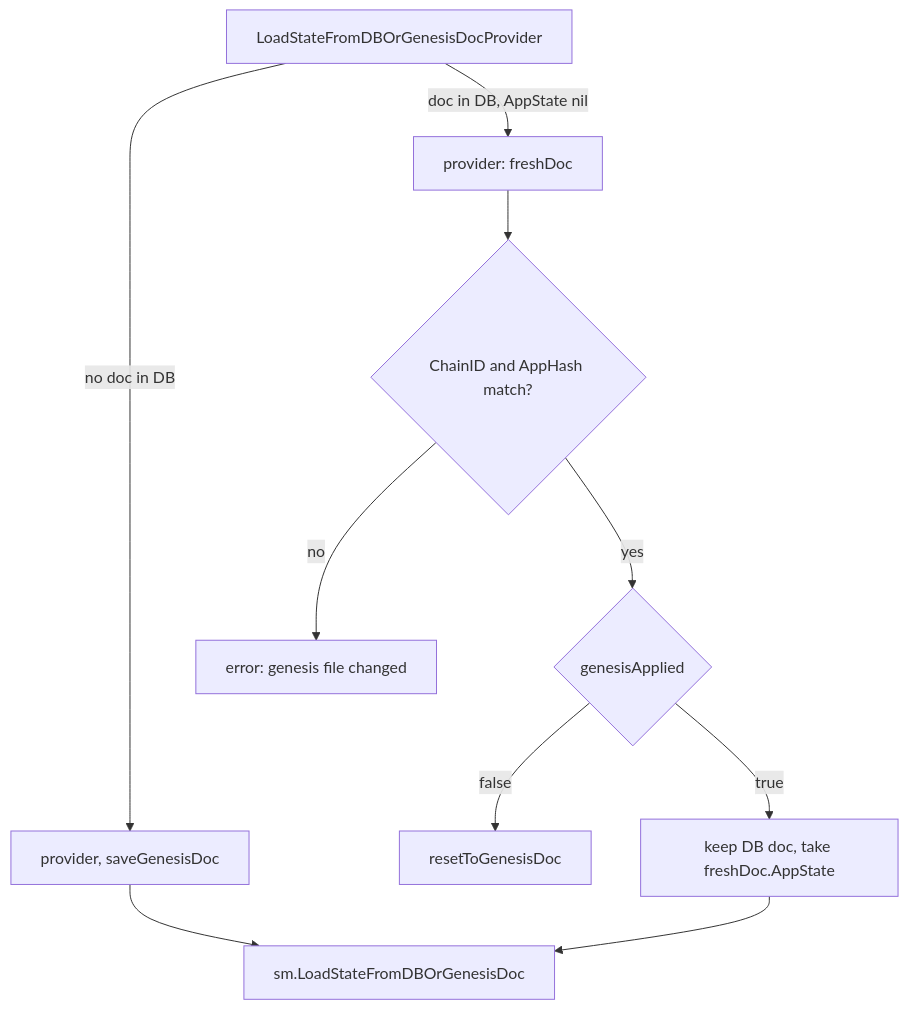
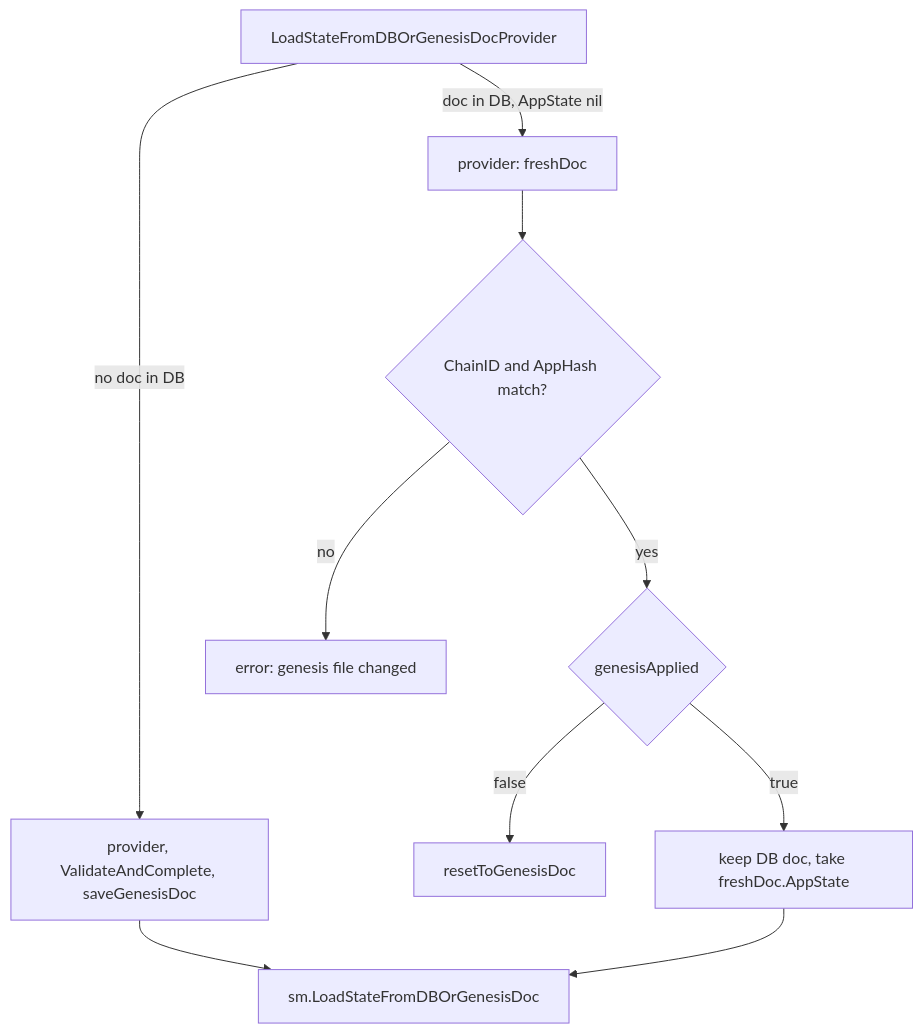
Before and after one commit to samouraiworld/gno-agent-workspace: the diagram in reviews/pr/5xxx/5995-fork-test-rejected-genesis/overview.md, drawn with Mermaid. The commit also changed other lines of this file and 9 other files, not shown here.

````diff
--- a/reviews/pr/5xxx/5995-fork-test-rejected-genesis/overview.md
+++ b/reviews/pr/5xxx/5995-fork-test-rejected-genesis/overview.md
@@ -30,12 +30,12 @@
 ```mermaid
 flowchart TD
-  A[LoadStateFromDBOrGenesisDocProvider] -->|no doc in DB| B[provider, saveGenesisDoc]
+  A[LoadStateFromDBOrGenesisDocProvider] -->|no doc in DB| B[provider, ValidateAndComplete, saveGenesisDoc]
   A -->|doc in DB, AppState nil| C[provider: freshDoc]
   C --> D{ChainID and AppHash match?}
   D -->|no| E[error: genesis file changed]
   D -->|yes| F{genesisApplied}
   F -->|false| G[resetToGenesisDoc]
   F -->|true| H[keep DB doc, take freshDoc.AppState]
   B --> I[sm.LoadStateFromDBOrGenesisDoc]
   H --> I
 ```
````
